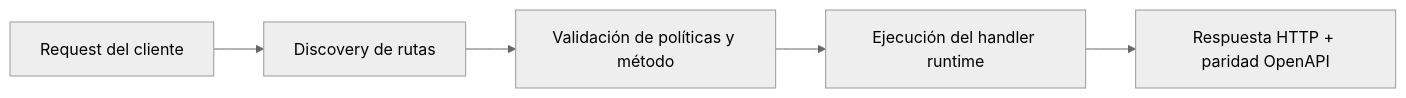
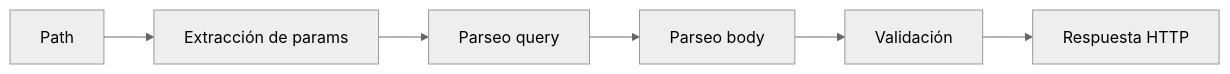
The diagram in docs/es/tutorial/desde-cero/2-enrutamiento-y-datos.md (misaelzapata/fastfn), drawn with Mermaid (neutral theme) before and after one commit. The commit also changed other lines of this file and 17 other files, not shown here.

````diff
--- a/docs/es/tutorial/desde-cero/2-enrutamiento-y-datos.md
+++ b/docs/es/tutorial/desde-cero/2-enrutamiento-y-datos.md
@@ -151,7 +124,8 @@
 ```mermaid
 flowchart LR
-  A["Request del cliente"] --> B["Discovery de rutas"]
-  B --> C["Validación de políticas y método"]
-  C --> D["Ejecución del handler runtime"]
-  D --> E["Respuesta HTTP + paridad OpenAPI"]
+  A["Path"] --> B["Extracción de params"]
+  B --> C["Parseo query"]
+  C --> D["Parseo body"]
+  D --> E["Validación"]
+  E --> F["Respuesta HTTP"]
 ```
````
